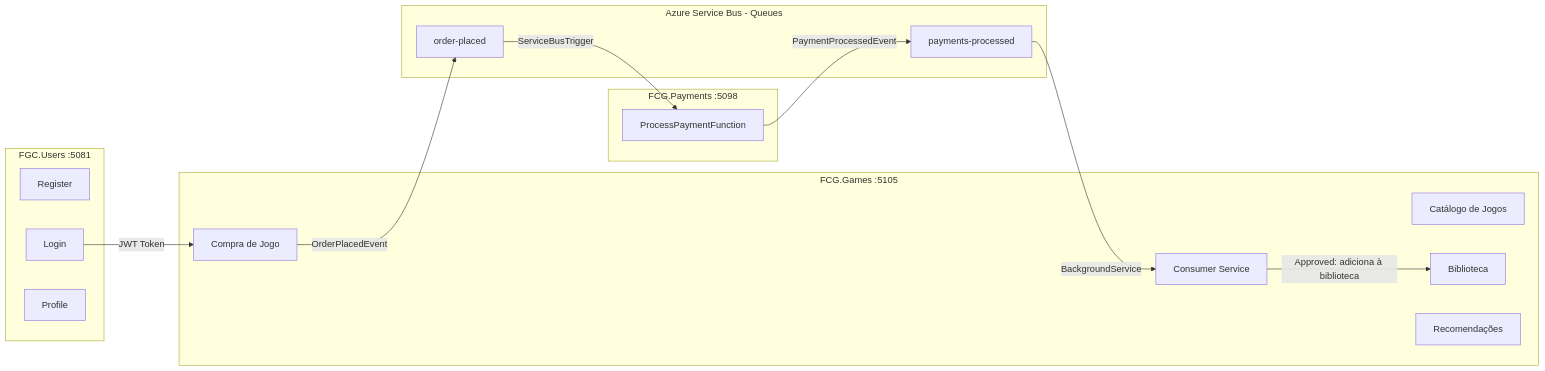
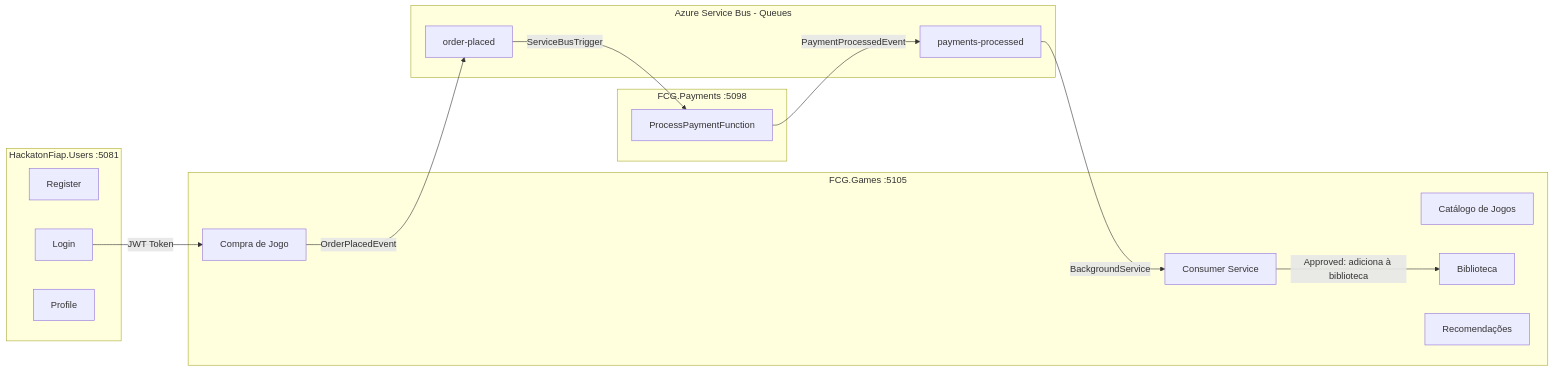
Before and after one commit to GabrielVeridico/hackaton-fiap-users: the second of 7 diagrams in docs/ARCHITECTURE.md, drawn with Mermaid. The commit also changed other lines of this file and 128 other files, not shown here.

Commit message:
refactor: renomeia FGC.Users para HackatonFiap.Users

````diff
--- a/docs/ARCHITECTURE.md
+++ b/docs/ARCHITECTURE.md
@@ -55,32 +55,32 @@
 ```mermaid
 flowchart LR
-    subgraph Users["FGC.Users :5081"]
+    subgraph Users["HackatonFiap.Users :5081"]
         R[Register]
         L[Login]
         P[Profile]
     end
 
     subgraph Games["FCG.Games :5105"]
         CAT[Catálogo de Jogos]
         PUR[Compra de Jogo]
         LIB[Biblioteca]
         REC[Recomendações]
         CON[Consumer Service]
     end
 
     subgraph Payments["FCG.Payments :5098"]
         PPF[ProcessPaymentFunction]
     end
 
     subgraph ServiceBus["Azure Service Bus - Queues"]
         Q1[order-placed]
         Q2[payments-processed]
     end
 
     L -->|JWT Token| PUR
     PUR -->|OrderPlacedEvent| Q1
     Q1 -->|ServiceBusTrigger| PPF
     PPF -->|PaymentProcessedEvent| Q2
     Q2 -->|BackgroundService| CON
     CON -->|Approved: adiciona à biblioteca| LIB
 ```
````
